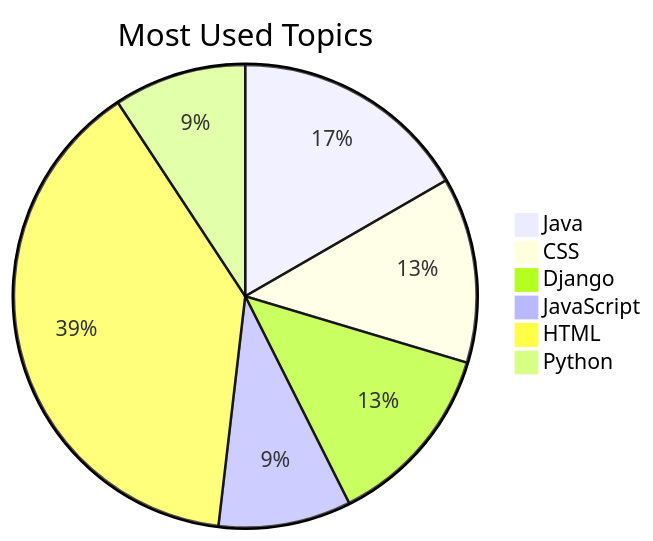
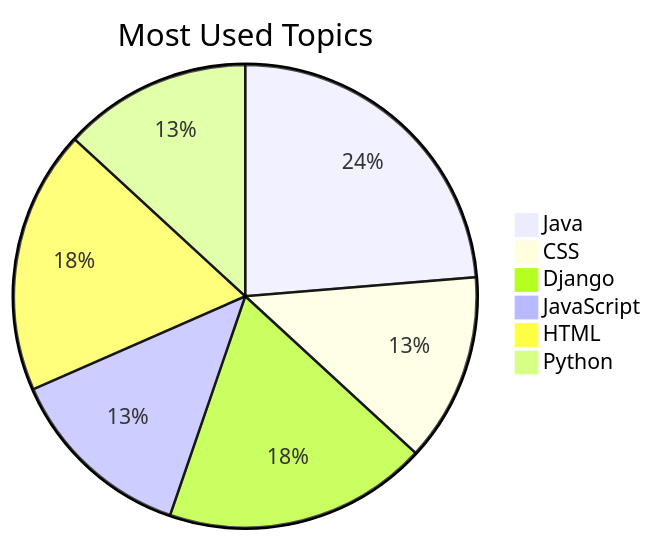
Before and after one commit to Yogesh-Bhardwaj-hue/Scm-Final_2.0: the first of 2 diagrams in README.md, drawn with Mermaid. The commit also changed other lines of this file, not shown here.

Commit message:
Update blog analytics

````diff
--- a/README.md
+++ b/README.md
@@ -148,9 +148,9 @@
 ```mermaid
 pie title Most Used Topics
     "Java": 9
-    "CSS": 7
+    "CSS": 5
     "Django": 7
     "JavaScript": 5
-    "HTML": 21
+    "HTML": 7
     "Python": 5
 ```
````
